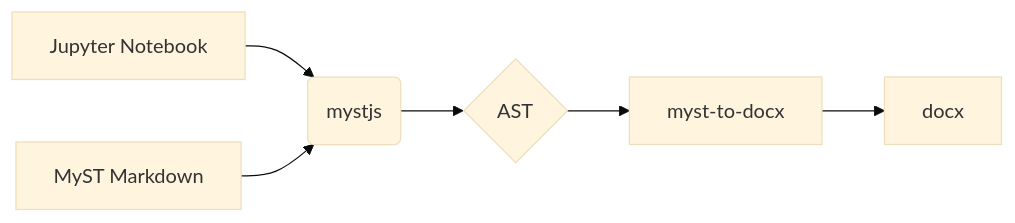
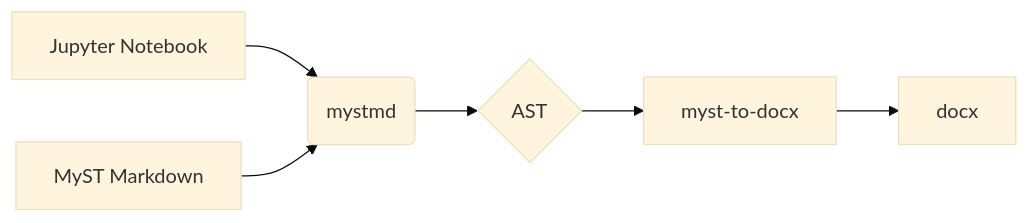
The diagram in docs/creating-word-documents.md (jupyter-book/mystmd), drawn with Mermaid (base theme) before and after one commit. The commit also changed other lines of this file and 96 other files, not shown here.

````diff
--- a/docs/creating-word-documents.md
+++ b/docs/creating-word-documents.md
@@ -74,8 +74,8 @@
 ```{mermaid}
 flowchart LR
   A[Jupyter Notebook] --> C
   B[MyST Markdown] --> C
-  C(mystjs) --> D{AST}
+  C(mystmd) --> D{AST}
   D --> E[myst-to-docx]
   E --> G[docx]
 ```
````
